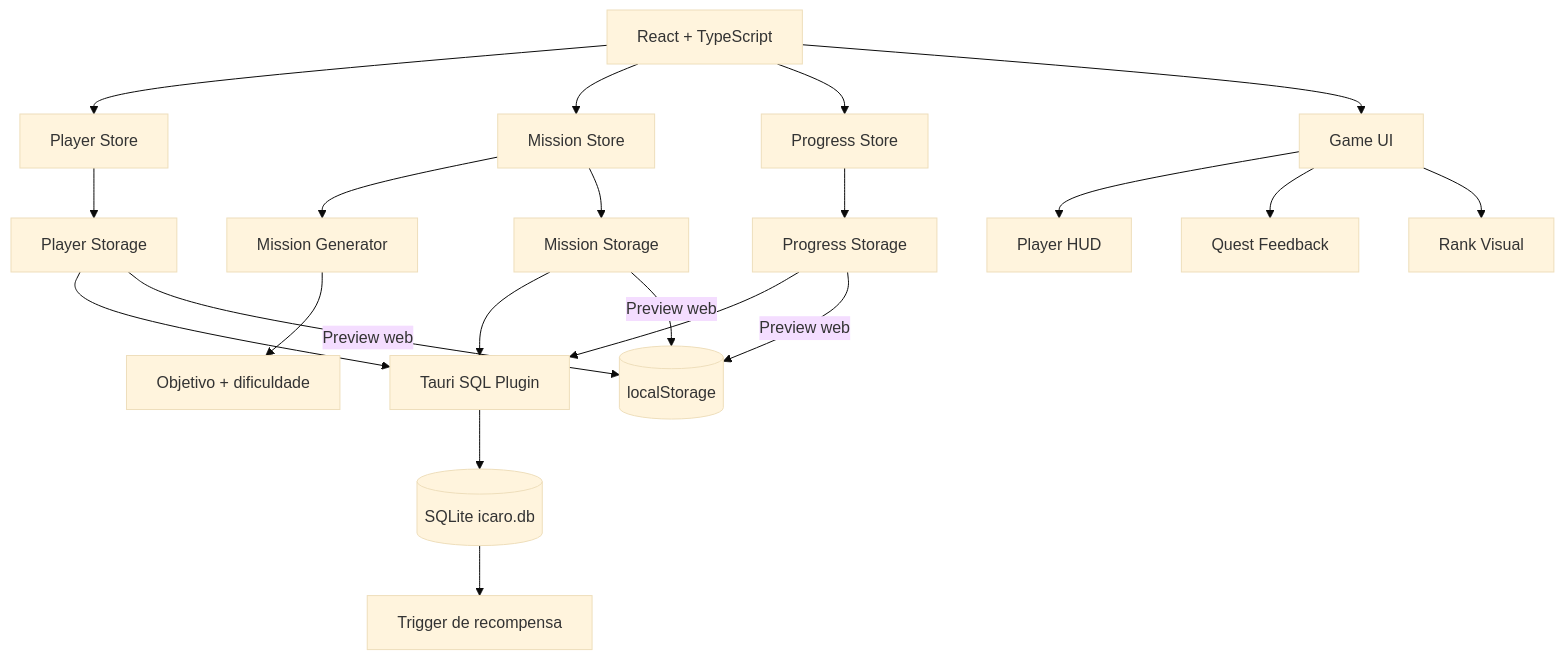
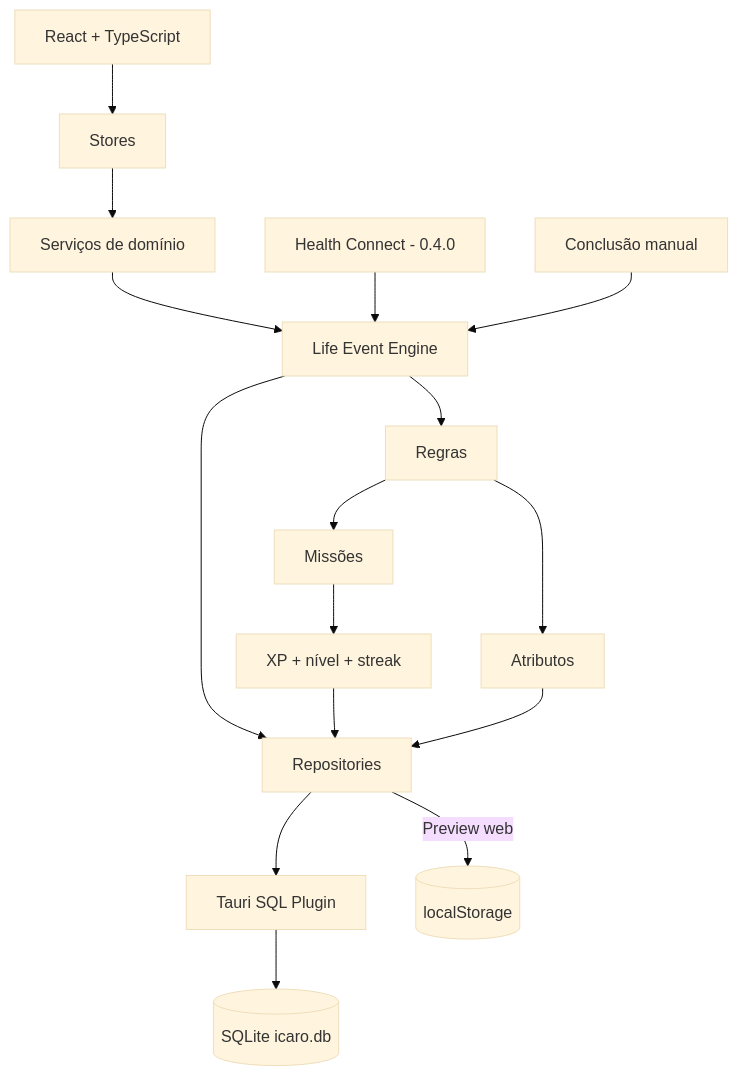
One commit to tombemol/I.C.A.R.O changed the second of 2 diagrams in README.md. Above: the diagram before and after it, drawn with Mermaid (base theme). The commit also changed other lines of this file, not shown here.

````diff
--- a/README.md
+++ b/README.md
@@ -69,29 +91,24 @@
 ```mermaid
 flowchart TD
-  UI[React + TypeScript] --> PLAYER[Player Store]
-  UI --> MISSIONS[Mission Store]
-  UI --> PROGRESS[Progress Store]
-  UI --> GAME[Game UI]
+  UI[React + TypeScript] --> STORES[Stores]
+  STORES --> SERVICES[Serviços de domínio]
 
-  GAME --> HUD[Player HUD]
-  GAME --> QUESTS[Quest Feedback]
-  GAME --> RANKS[Rank Visual]
+  SERVICES --> EVENT[Life Event Engine]
+  EVENT --> RULES[Regras]
+  RULES --> ATTR[Atributos]
+  RULES --> QUEST[Missões]
 
-  PLAYER --> PREPO[Player Storage]
-  MISSIONS --> GEN[Mission Generator]
-  MISSIONS --> MREPO[Mission Storage]
-  PROGRESS --> GREPO[Progress Storage]
+  QUEST --> PROGRESS[XP + nível + streak]
 
-  PREPO --> SQL["Tauri SQL Plugin"]
-  MREPO --> SQL
-  GREPO --> SQL
+  EVENT --> REPO[Repositories]
+  PROGRESS --> REPO
+  ATTR --> REPO
 
+  REPO --> SQL["Tauri SQL Plugin"]
   SQL --> DB[(SQLite icaro.db)]
-  DB --> TRIGGER[Trigger de recompensa]
 
-  GEN --> PROFILE[Objetivo + dificuldade]
+  HC[Health Connect - 0.4.0] --> EVENT
+  MANUAL[Conclusão manual] --> EVENT
 
-  PREPO -->|Preview web| LS[(localStorage)]
-  MREPO -->|Preview web| LS
-  GREPO -->|Preview web| LS
+  REPO -->|Preview web| LS[(localStorage)]
 ```
````
